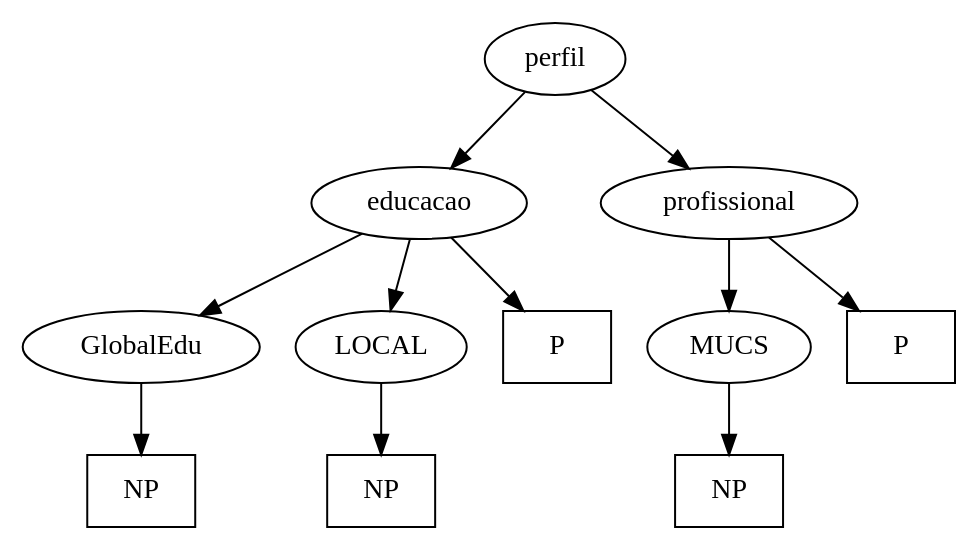
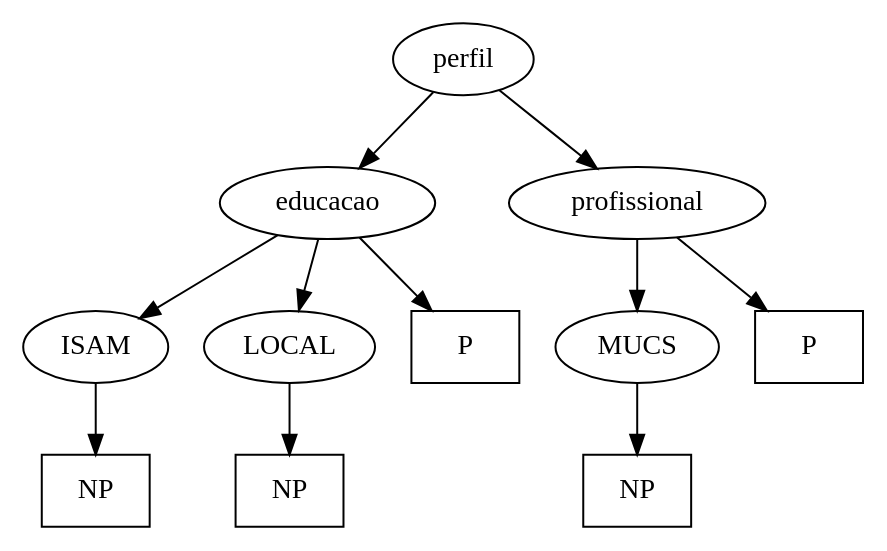
Before and after one commit to andrenho/andrenho: the diagram in academia/artigos/profiles/ideia/perfil.dot, drawn with Graphviz. The commit also changed 4 other files, not shown here.

```diff
--- a/academia/artigos/profiles/ideia/perfil.dot
+++ b/academia/artigos/profiles/ideia/perfil.dot
@@ -1,23 +1,23 @@
 digraph Perfil {
 
     perfil -> educacao
     perfil -> profissional
 
-    educacao -> GlobalEdu
+    educacao -> ISAM
     educacao -> LOCAL
     profissional -> MUCS
 
     educacao -> P1
     profissional -> P2
 
-    GlobalEdu -> NP1
+    ISAM -> NP1
     LOCAL -> NP2
     MUCS -> NP3
     
     P1 [label="P", shape=box]
     NP1 [label="NP", shape=box]
     P2 [label="P", shape=box]
     NP2 [label="NP", shape=box]
     NP3 [label="NP", shape=box]
 
 }
```
